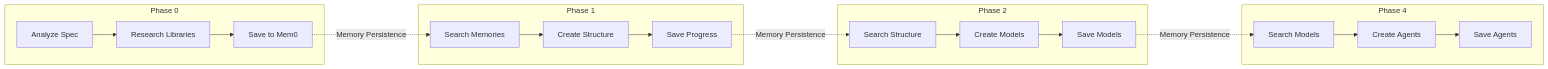
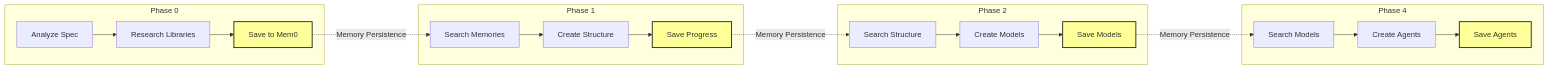
One commit to krzemienski/enhanced-claude-code changed the fourth of 6 diagrams in README.md. Above: the diagram before and after it, drawn with Mermaid. The commit also changed other lines of this file, not shown here.

First line of the commit message:
fix: Update Mermaid diagrams to match working GitHub syntax

````diff
--- a/README.md
+++ b/README.md
@@ -234,26 +242,31 @@
 ```mermaid
 flowchart LR
-    subgraph P0[Phase 0]
+    subgraph Phase0[Phase 0]
         A0[Analyze Spec] --> B0[Research Libraries]
         B0 --> C0[Save to Mem0]
     end
     
-    subgraph P1[Phase 1]
+    subgraph Phase1[Phase 1]
         D1[Search Memories] --> E1[Create Structure]
         E1 --> F1[Save Progress]
     end
     
-    subgraph P2[Phase 2]
+    subgraph Phase2[Phase 2]
         G2[Search Structure] --> H2[Create Models]
         H2 --> I2[Save Models]
     end
     
-    subgraph P4[Phase 4]
+    subgraph Phase4[Phase 4]
         J4[Search Models] --> K4[Create Agents]
         K4 --> L4[Save Agents]
     end
     
     C0 -.->|Memory Persistence| D1
     F1 -.->|Memory Persistence| G2
     I2 -.->|Memory Persistence| J4
+    
+    style C0 fill:#ff9,stroke:#333,stroke-width:2px
+    style F1 fill:#ff9,stroke:#333,stroke-width:2px
+    style I2 fill:#ff9,stroke:#333,stroke-width:2px
+    style L4 fill:#ff9,stroke:#333,stroke-width:2px
 ```
````
